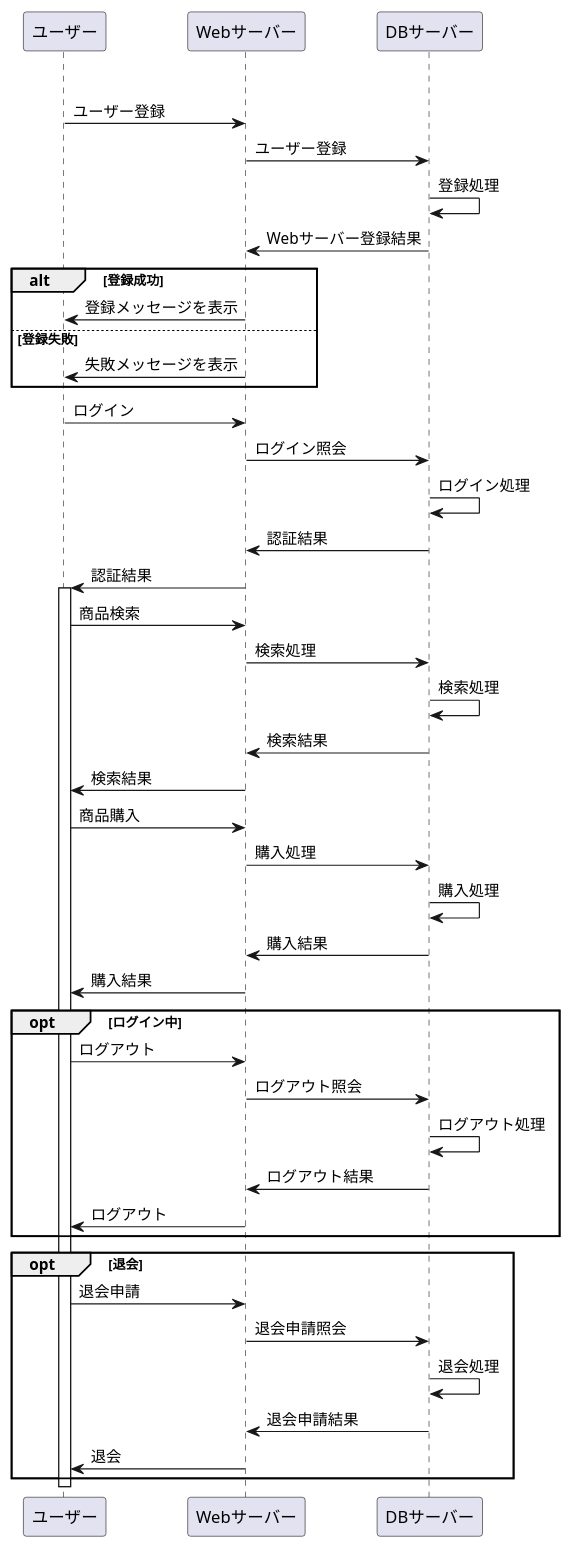
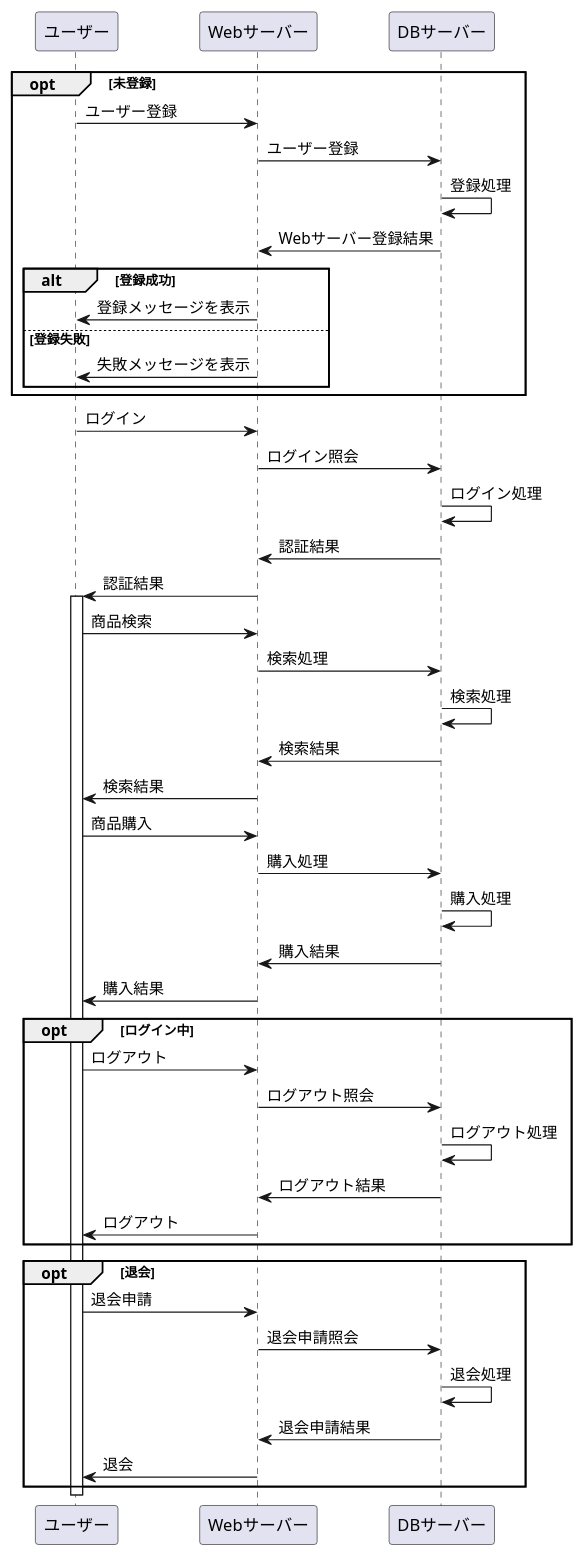
The diagram in 業務フロー.md (Aso2001163/2021sys-design-2), drawn with PlantUML before and after one commit.

````diff
--- a/業務フロー.md
+++ b/業務フロー.md
@@ -1,59 +1,60 @@
 ```uml
 @startuml
 opt 未登録
 
 ユーザー -> Webサーバー:ユーザー登録
 Webサーバー -> DBサーバー:ユーザー登録
 DBサーバー -> DBサーバー:登録処理
 DBサーバー -> Webサーバー:Webサーバー登録結果
 
   alt 登録成功
    Webサーバー -> ユーザー:登録メッセージを表示
   else 登録失敗
    Webサーバー -> ユーザー:失敗メッセージを表示
   end
+end
 
 
 ユーザー -> Webサーバー:ログイン
 Webサーバー -> DBサーバー:ログイン照会
 DBサーバー -> DBサーバー:ログイン処理
 DBサーバー -> Webサーバー:認証結果
 Webサーバー -> ユーザー:認証結果
 
 activate ユーザー
 
 ユーザー -> Webサーバー:商品検索
 Webサーバー -> DBサーバー:検索処理
 DBサーバー -> DBサーバー:検索処理
 DBサーバー -> Webサーバー:検索結果
 Webサーバー -> ユーザー:検索結果
 
 ユーザー -> Webサーバー:商品購入
 Webサーバー -> DBサーバー:購入処理
 DBサーバー -> DBサーバー:購入処理
 DBサーバー -> Webサーバー:購入結果
 Webサーバー -> ユーザー:購入結果
 
 opt ログイン中
 
 ユーザー -> Webサーバー:ログアウト
 Webサーバー -> DBサーバー:ログアウト照会
 DBサーバー -> DBサーバー:ログアウト処理
 DBサーバー -> Webサーバー:ログアウト結果
 Webサーバー -> ユーザー:ログアウト
 
 end
 
 opt 退会
 
 ユーザー -> Webサーバー:退会申請
 Webサーバー -> DBサーバー:退会申請照会
 DBサーバー -> DBサーバー:退会処理
 DBサーバー -> Webサーバー:退会申請結果
 Webサーバー -> ユーザー:退会
 
 end
 
 deactivate ユーザー
 @enduml
 ```
````
